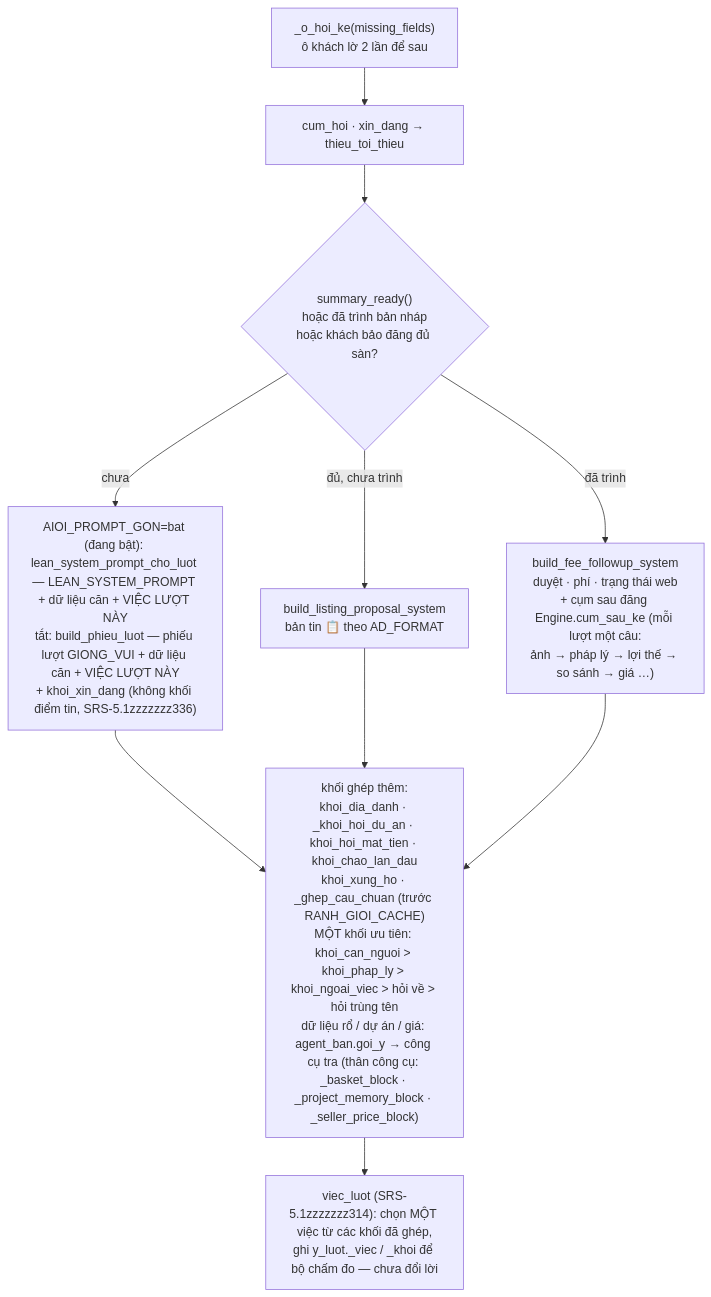
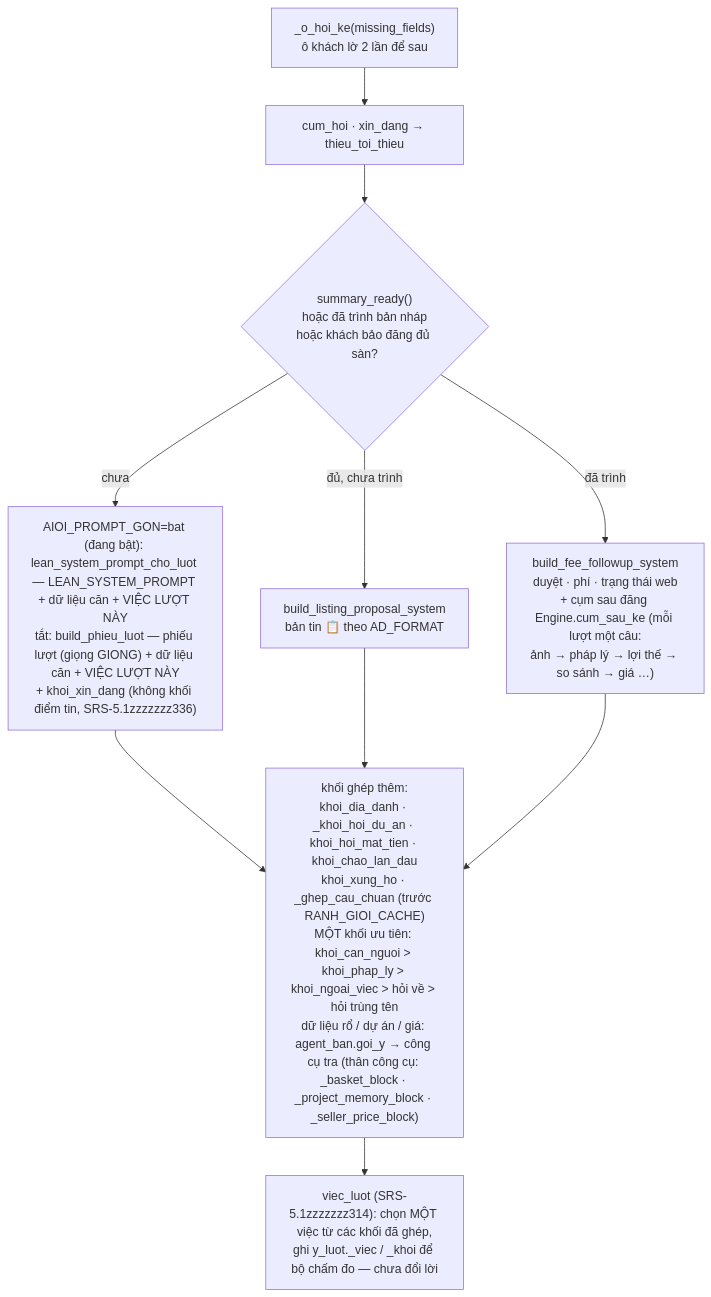
Before and after one commit to quang507/AOND: the third of 4 diagrams in docs/13-so-do-nhan-va-boc-tach.md, drawn with Mermaid. The commit also changed 32 other files, not shown here.

First line of the commit message:
SRS-490: soát luật, bộ chấm, code, docs — gỡ phần dư, đồng bộ theo giọng mới

````diff
--- a/docs/13-so-do-nhan-va-boc-tach.md
+++ b/docs/13-so-do-nhan-va-boc-tach.md
@@ -84,10 +84,10 @@
 ```mermaid
 flowchart TD
   S0["_o_hoi_ke(missing_fields)<br/>ô khách lờ 2 lần để sau"] --> S1["cum_hoi · xin_dang → thieu_toi_thieu"]
   S1 --> S2{"summary_ready()<br/>hoặc đã trình bản nháp<br/>hoặc khách bảo đăng đủ sàn?"}
-  S2 -->|chưa| C1["AIOI_PROMPT_GON=bat (đang bật): lean_system_prompt_cho_luot — LEAN_SYSTEM_PROMPT + dữ liệu căn + VIỆC LƯỢT NÀY<br/>tắt: build_phieu_luot — phiếu lượt GIONG_VUI + dữ liệu căn + VIỆC LƯỢT NÀY<br/>+ khoi_xin_dang (không khối điểm tin, SRS-5.1zzzzzzz336)"]
+  S2 -->|chưa| C1["AIOI_PROMPT_GON=bat (đang bật): lean_system_prompt_cho_luot — LEAN_SYSTEM_PROMPT + dữ liệu căn + VIỆC LƯỢT NÀY<br/>tắt: build_phieu_luot — phiếu lượt (giọng GIONG) + dữ liệu căn + VIỆC LƯỢT NÀY<br/>+ khoi_xin_dang (không khối điểm tin, SRS-5.1zzzzzzz336)"]
   S2 -->|"đủ, chưa trình"| C2["build_listing_proposal_system<br/>bản tin 📋 theo AD_FORMAT"]
   S2 -->|"đã trình"| C3["build_fee_followup_system<br/>duyệt · phí · trạng thái web<br/>+ cụm sau đăng Engine.cum_sau_ke (mỗi lượt một câu:<br/>ảnh → pháp lý → lợi thế → so sánh → giá …)"]
   C1 & C2 & C3 --> K["khối ghép thêm:<br/>khoi_dia_danh · _khoi_hoi_du_an · khoi_hoi_mat_tien · khoi_chao_lan_dau<br/>khoi_xung_ho · _ghep_cau_chuan (trước RANH_GIOI_CACHE)<br/>MỘT khối ưu tiên: khoi_can_nguoi > khoi_phap_ly > khoi_ngoai_viec > hỏi về > hỏi trùng tên<br/>dữ liệu rổ / dự án / giá: agent_ban.goi_y → công cụ tra (thân công cụ: _basket_block · _project_memory_block · _seller_price_block)"]
   K --> V["viec_luot (SRS-5.1zzzzzzz314): chọn MỘT việc từ các khối đã ghép,<br/>ghi y_luot._viec / _khoi để bộ chấm đo — chưa đổi lời"]
 ```
````
